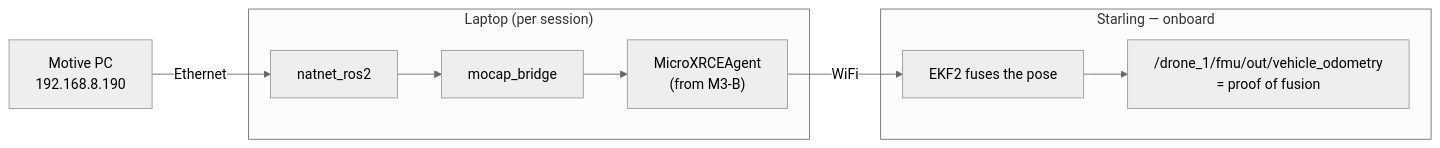
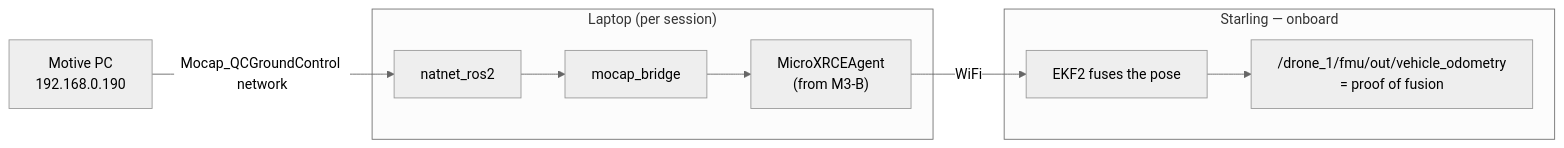
One commit to AI-DA-STC/AirStack-starling-max2 changed the second of 2 diagrams in MILESTONES.md. Above: the diagram before and after it, drawn with Mermaid (neutral theme). The commit also changed other lines of this file and 2 other files, not shown here.

Commit message:
docs: single-network topology (Motive .0.190, laptop .0.192) — natnet commands updated everywhere; vehicle_status echo issue confirmed (Jazzy px4_msgs vs drone PX4)

````diff
--- a/MILESTONES.md
+++ b/MILESTONES.md
@@ -640,11 +642,11 @@
 ```mermaid
 flowchart LR
-  MO["Motive PC<br/>192.168.8.190"] -- "Ethernet" --> NA["natnet_ros2"]
+  MO["Motive PC<br/>192.168.0.190"] -- "Mocap_QCGroundControl network" --> NA["natnet_ros2"]
   subgraph LAPTOP["Laptop (per session)"]
     NA --> BR["mocap_bridge"] --> AG["MicroXRCEAgent<br/>(from M3-B)"]
   end
   subgraph DRONE["Starling — onboard"]
     EK["EKF2 fuses the pose"] --> OUT["/drone_1/fmu/out/vehicle_odometry<br/>= proof of fusion"]
   end
   AG -- "WiFi" --> EK
 ```
````
